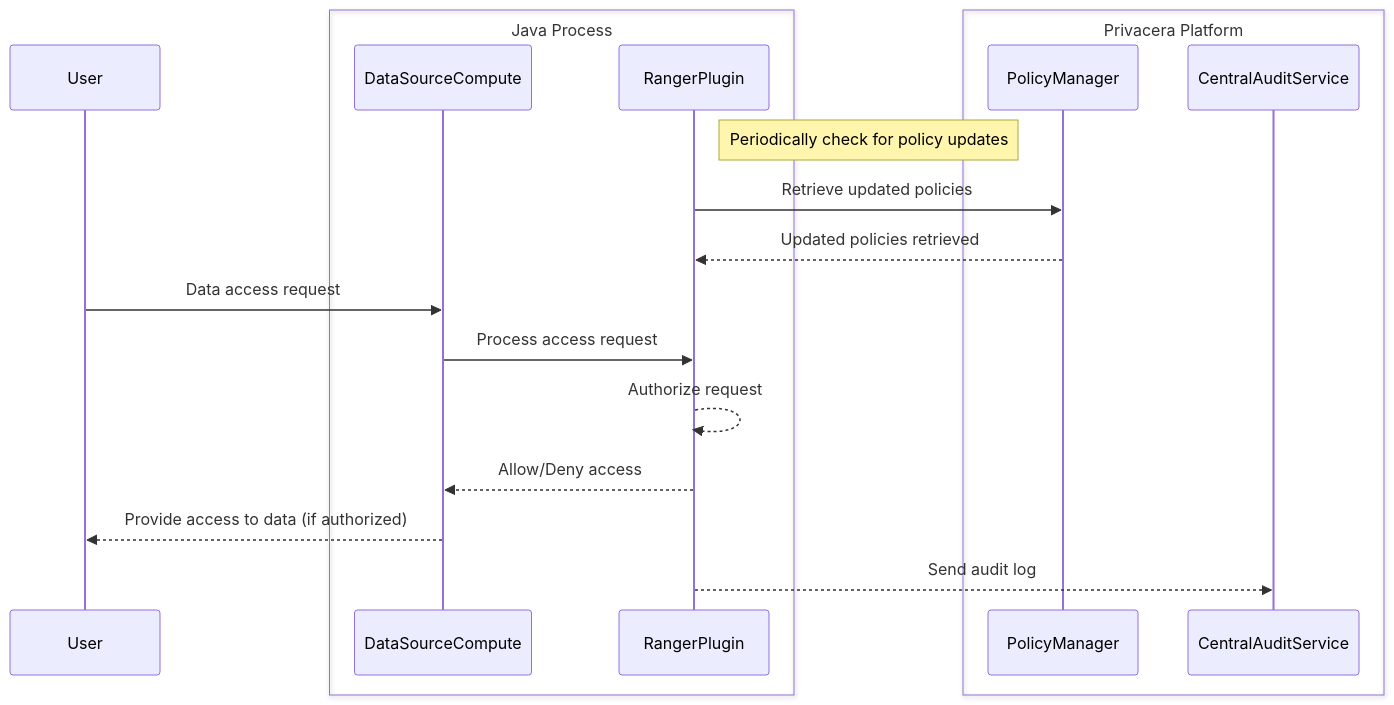
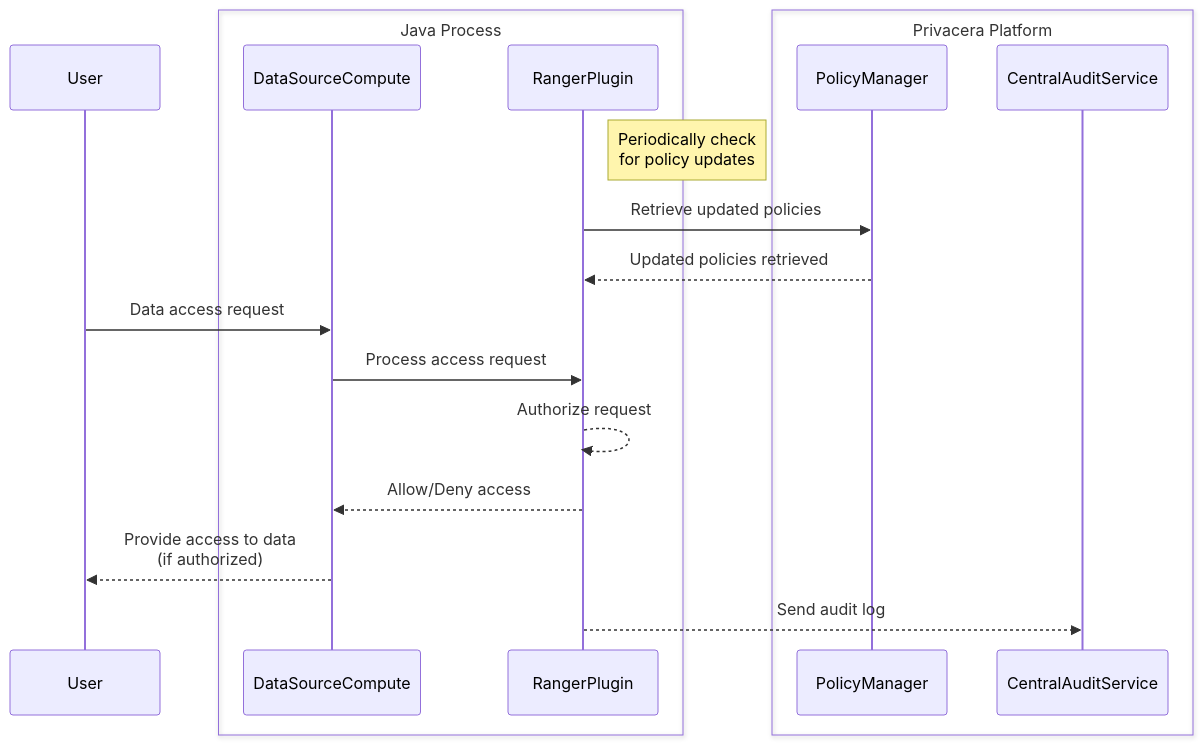
Before and after one commit to rangrej-irfan/docs: the diagram in mkdocs/docs/resources/design/access-management/integrations/apache_ranger_plugin.md, drawn with Mermaid. The commit also changed 3 other files, not shown here.

````diff
--- a/mkdocs/docs/resources/design/access-management/integrations/apache_ranger_plugin.md
+++ b/mkdocs/docs/resources/design/access-management/integrations/apache_ranger_plugin.md
@@ -31,22 +31,22 @@
 ```mermaid
 sequenceDiagram
     participant User
     box Java Process
       participant DataSourceCompute
       participant RangerPlugin
     end
     box Privacera Platform    
       participant PolicyManager
       participant CentralAuditService
     end
-    Note right of RangerPlugin: Periodically check for policy updates
+    Note right of RangerPlugin: Periodically check<br> for policy updates
     RangerPlugin->>PolicyManager: Retrieve updated policies
     PolicyManager-->>RangerPlugin: Updated policies retrieved
     User->>DataSourceCompute: Data access request
     DataSourceCompute->>RangerPlugin: Process access request
     RangerPlugin-->>RangerPlugin: Authorize request
     RangerPlugin-->> DataSourceCompute: Allow/Deny access
-    DataSourceCompute-->>User: Provide access to data (if authorized)
+    DataSourceCompute-->>User: Provide access to data<br> (if authorized)
     RangerPlugin-->>CentralAuditService: Send audit log
 
 ```
````
